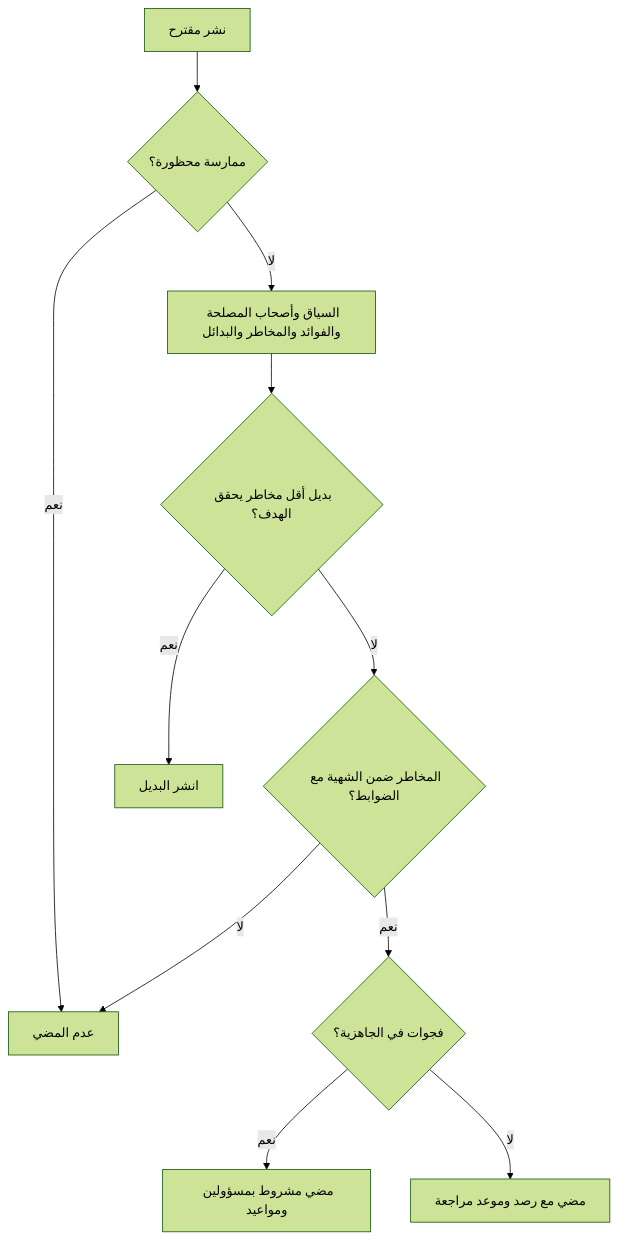
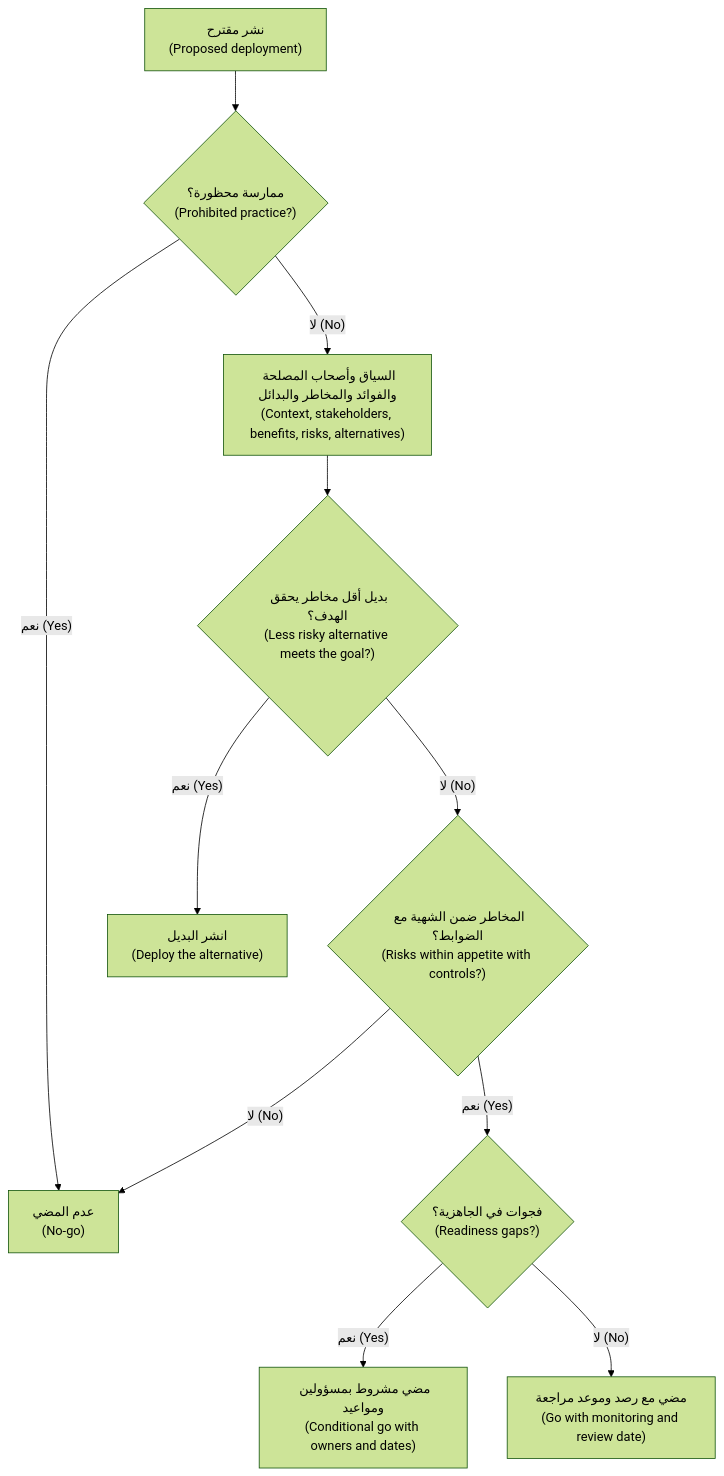
One commit to Tamoura/system-design-for-vibe-coders changed the first of 2 diagrams in aigp/modules/11-deployment.ar.md. Above: the diagram before and after it, drawn with Mermaid (forest theme). The commit also changed other lines of this file and 62 other files, not shown here.

First line of the commit message:
Arabic editions: English on every diagram label, RTL fixes, rebuild

````diff
--- a/aigp/modules/11-deployment.ar.md
+++ b/aigp/modules/11-deployment.ar.md
@@ -77,13 +77,13 @@
 ```mermaid
 flowchart TD
-  A[نشر مقترح] --> B{ممارسة محظورة؟}
-  B -- نعم --> X[عدم المضي]
-  B -- لا --> C[السياق وأصحاب المصلحة والفوائد والمخاطر والبدائل]
-  C --> D{بديل أقل مخاطر يحقق الهدف؟}
-  D -- نعم --> Y[انشر البديل]
-  D -- لا --> E{المخاطر ضمن الشهية مع الضوابط؟}
-  E -- لا --> X
-  E -- نعم --> F{فجوات في الجاهزية؟}
-  F -- نعم --> G[مضي مشروط بمسؤولين ومواعيد]
-  F -- لا --> H[مضي مع رصد وموعد مراجعة]
+  A["نشر مقترح<br/>(Proposed deployment)"] --> B{"ممارسة محظورة؟<br/>(Prohibited practice?)"}
+  B -- "نعم (Yes)" --> X["عدم المضي<br/>(No-go)"]
+  B -- "لا (No)" --> C["السياق وأصحاب المصلحة والفوائد والمخاطر والبدائل<br/>(Context, stakeholders, benefits, risks, alternatives)"]
+  C --> D{"بديل أقل مخاطر يحقق الهدف؟<br/>(Less risky alternative meets the goal?)"}
+  D -- "نعم (Yes)" --> Y["انشر البديل<br/>(Deploy the alternative)"]
+  D -- "لا (No)" --> E{"المخاطر ضمن الشهية مع الضوابط؟<br/>(Risks within appetite with controls?)"}
+  E -- "لا (No)" --> X
+  E -- "نعم (Yes)" --> F{"فجوات في الجاهزية؟<br/>(Readiness gaps?)"}
+  F -- "نعم (Yes)" --> G["مضي مشروط بمسؤولين ومواعيد<br/>(Conditional go with owners and dates)"]
+  F -- "لا (No)" --> H["مضي مع رصد وموعد مراجعة<br/>(Go with monitoring and review date)"]
 ```
````
